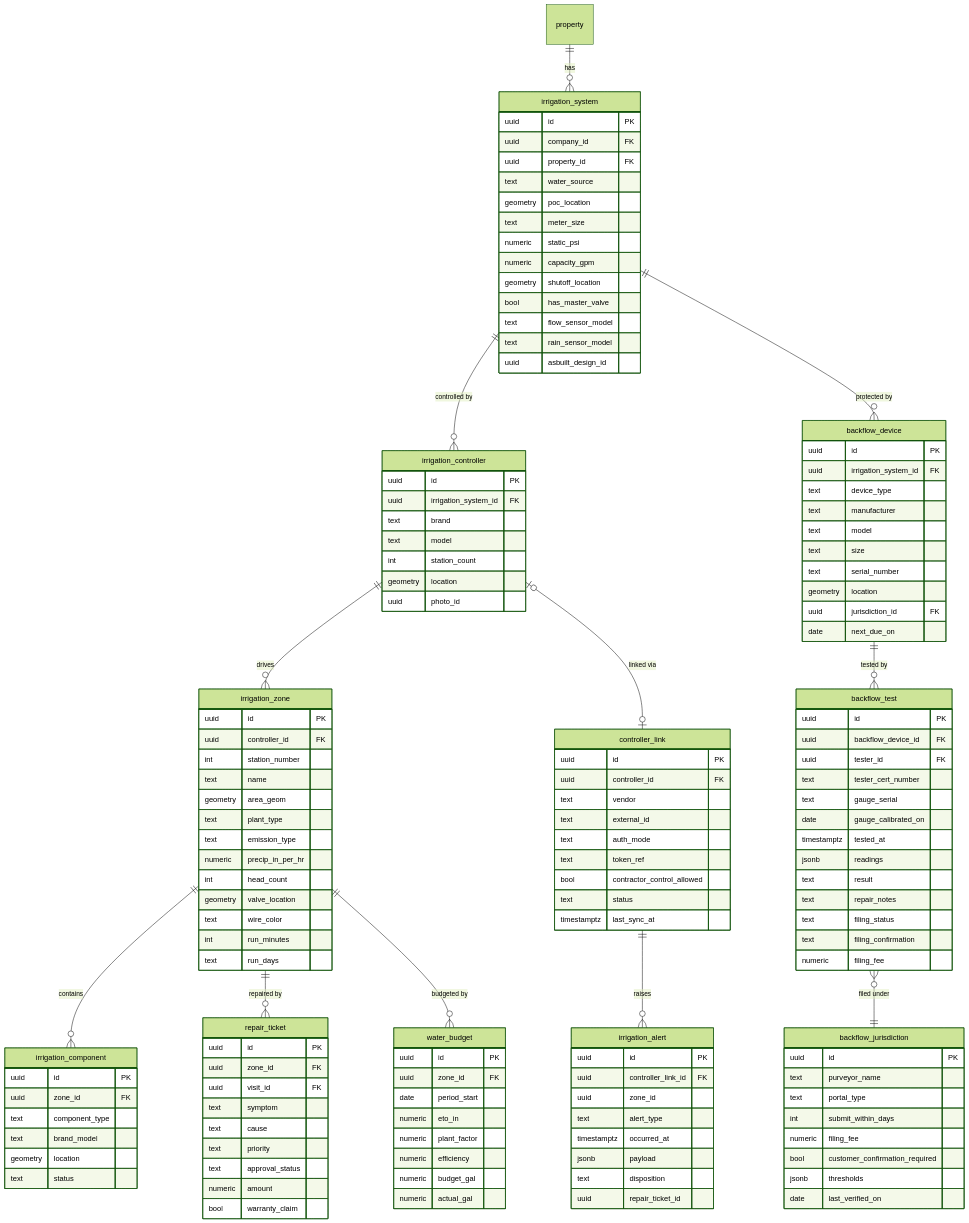
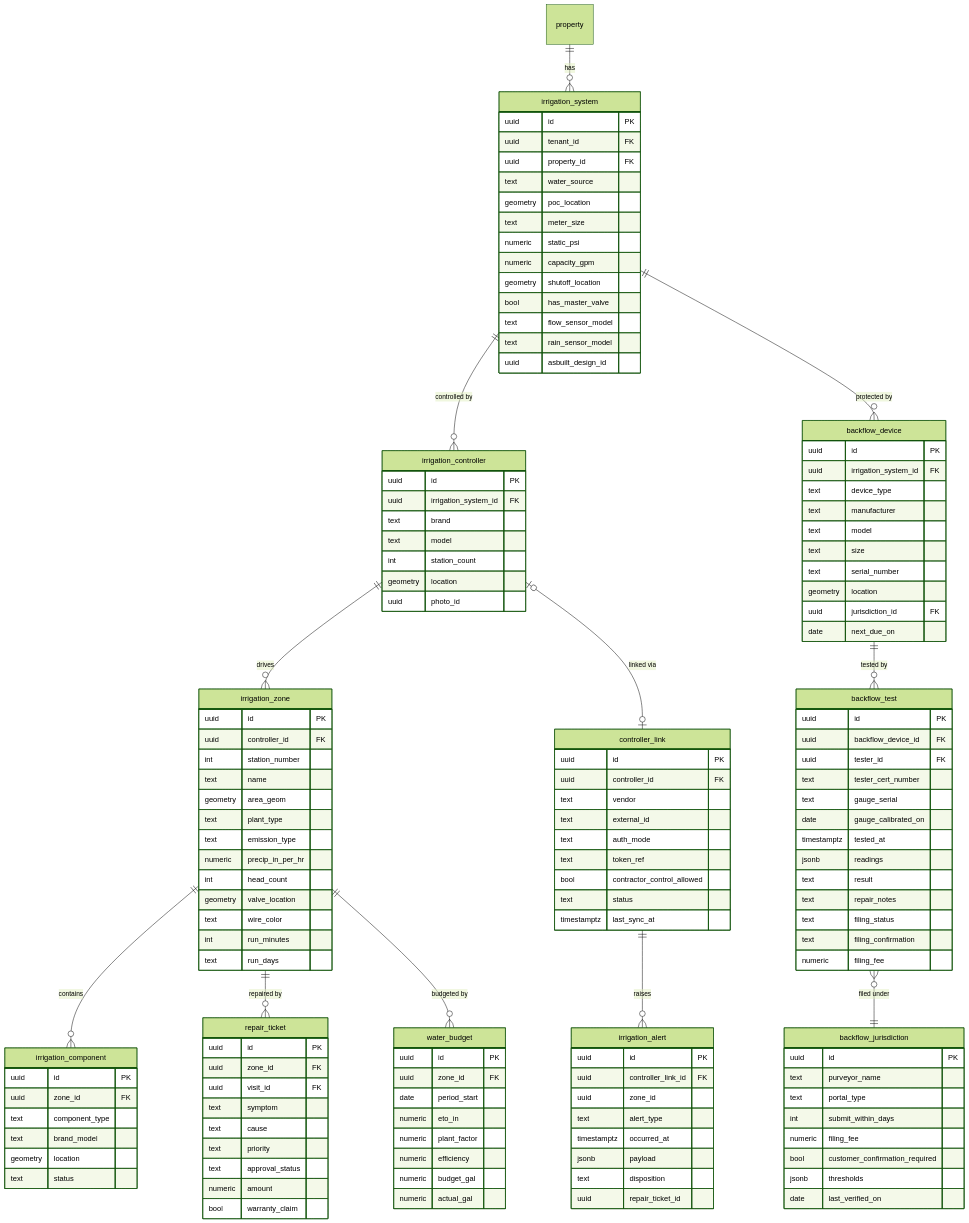
Before and after one commit to jdinard/landscape: diagram 19 of 23 in docs/14-service-line-modules.md, drawn with Mermaid (forest theme). The commit also changed other lines of this file and 13 other files, not shown here.

```diff
--- a/docs/14-service-line-modules.md
+++ b/docs/14-service-line-modules.md
@@ -1741,7 +2036,7 @@
     irrigation_zone ||--o{ water_budget : "budgeted by"
     irrigation_system {
         uuid id PK
-        uuid company_id FK
+        uuid tenant_id FK
         uuid property_id FK
         text water_source
         geometry poc_location
```
